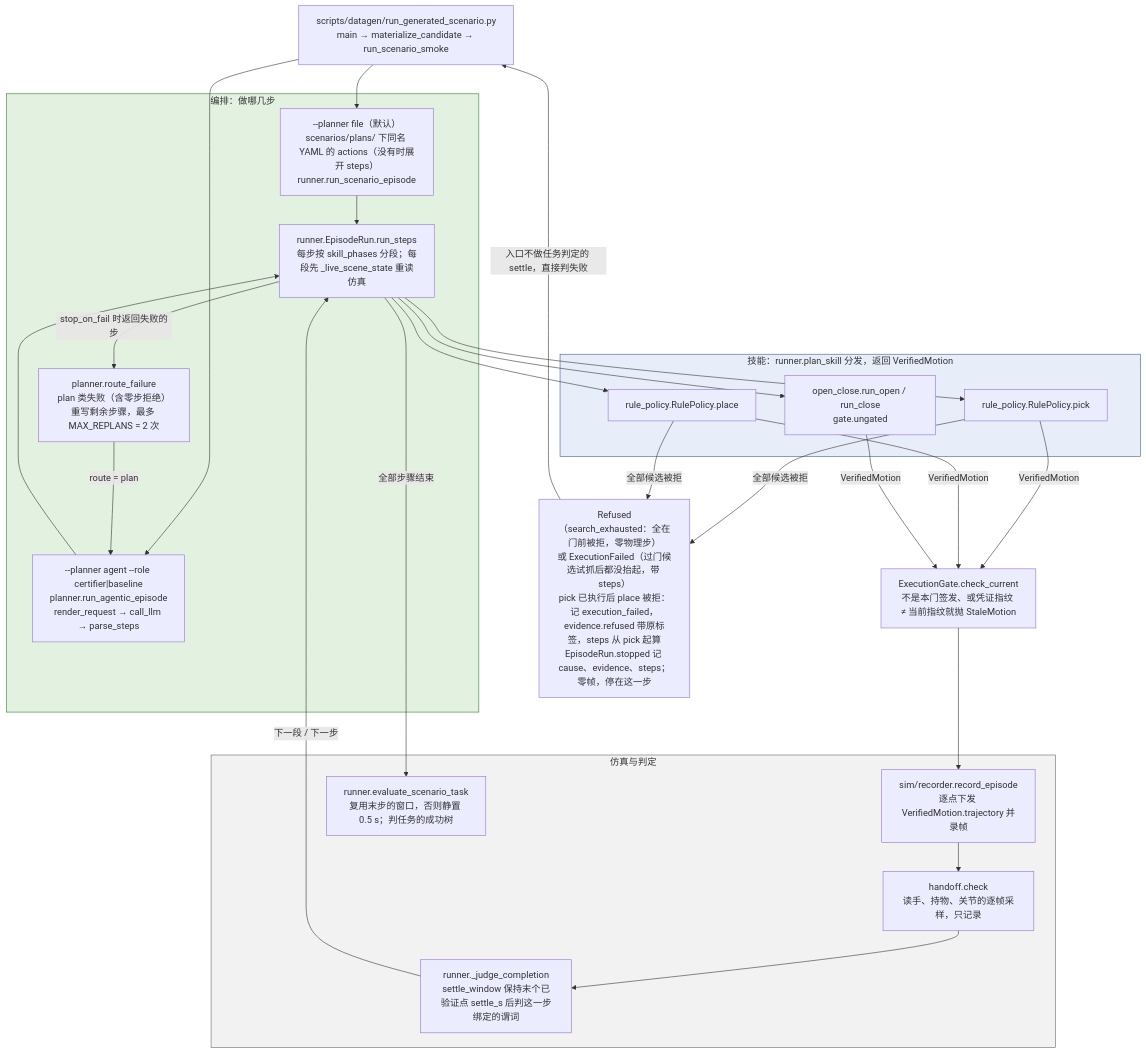
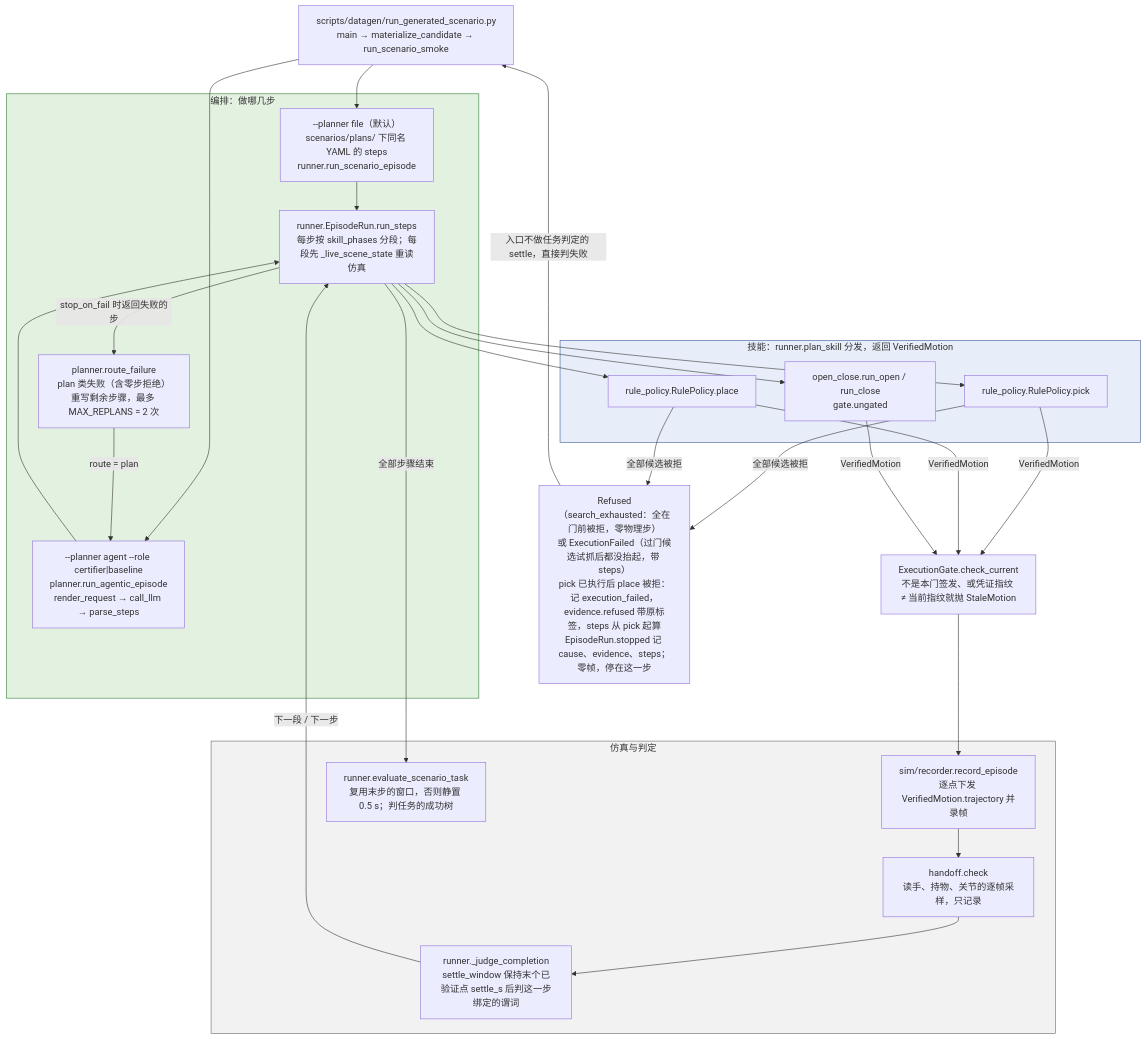
The second of 5 diagrams in docs/call-chain.md (ZJLi2013/RoboSmith), drawn with Mermaid before and after one commit. The commit also changed other lines of this file and 5 other files, not shown here.

Commit message:
docs: plan files are steps with an optional pick lift, and the changelog lists the removed actions translation

````diff
--- a/docs/call-chain.md
+++ b/docs/call-chain.md
@@ -117,43 +117,43 @@
 ```mermaid
 flowchart TD
     CLI["scripts/datagen/run_generated_scenario.py<br/>main → materialize_candidate → run_scenario_smoke"]
 
     subgraph ORCH["编排：做哪几步"]
-        T["--planner file（默认）<br/>scenarios/plans/ 下同名 YAML 的 actions（没有时展开 steps）<br/>runner.run_scenario_episode"]
+        T["--planner file（默认）<br/>scenarios/plans/ 下同名 YAML 的 steps<br/>runner.run_scenario_episode"]
         A["--planner agent --role certifier|baseline<br/>planner.run_agentic_episode<br/>render_request → call_llm → parse_steps"]
         RF["planner.route_failure<br/>plan 类失败（含零步拒绝）重写剩余步骤，最多 MAX_REPLANS = 2 次"]
         RUN["runner.EpisodeRun.run_steps<br/>每步按 skill_phases 分段；每段先 _live_scene_state 重读仿真"]
     end
 
     subgraph SKILL["技能：runner.plan_skill 分发，返回 VerifiedMotion"]
         PICK["rule_policy.RulePolicy.pick"]
         PLACE["rule_policy.RulePolicy.place"]
         OC["open_close.run_open / run_close<br/>gate.ungated"]
     end
 
     INF["Refused（search_exhausted：全在门前被拒，零物理步）<br/>或 ExecutionFailed（过门候选试抓后都没抬起，带 steps）<br/>pick 已执行后 place 被拒：记 execution_failed，evidence.refused 带原标签，steps 从 pick 起算<br/>EpisodeRun.stopped 记 cause、evidence、steps；零帧，停在这一步"]
     CUR["ExecutionGate.check_current<br/>不是本门签发、或凭证指纹 ≠ 当前指纹就抛 StaleMotion"]
 
     subgraph SIM["仿真与判定"]
         REC["sim/recorder.record_episode<br/>逐点下发 VerifiedMotion.trajectory 并录帧"]
         HO["handoff.check<br/>读手、持物、关节的逐帧采样，只记录"]
         JC["runner._judge_completion<br/>settle_window 保持末个已验证点 settle_s 后判这一步绑定的谓词"]
         TASK["runner.evaluate_scenario_task<br/>复用末步的窗口，否则静置 0.5 s；判任务的成功树"]
     end
 
     CLI --> T & A
     T --> RUN
     A --> RUN
     RUN -->|stop_on_fail 时返回失败的步| RF
     RF -->|route = plan| A
     RUN --> PICK & PLACE & OC
     PICK & PLACE -->|全部候选被拒| INF
     PICK & PLACE & OC -->|VerifiedMotion| CUR --> REC
     REC --> HO --> JC -->|下一段 / 下一步| RUN
     RUN -->|全部步骤结束| TASK
     INF -->|入口不做任务判定的 settle，直接判失败| CLI
 
     style ORCH fill:#e3f1e0,stroke:#2e7d32
     style SKILL fill:#e8eef9,stroke:#3b5b9a
     style SIM fill:#f2f2f2,stroke:#666
 ```
````
